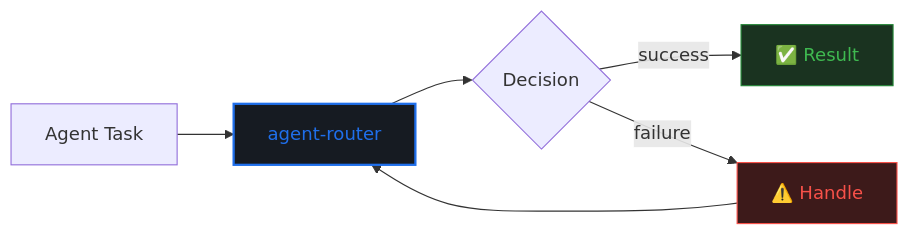
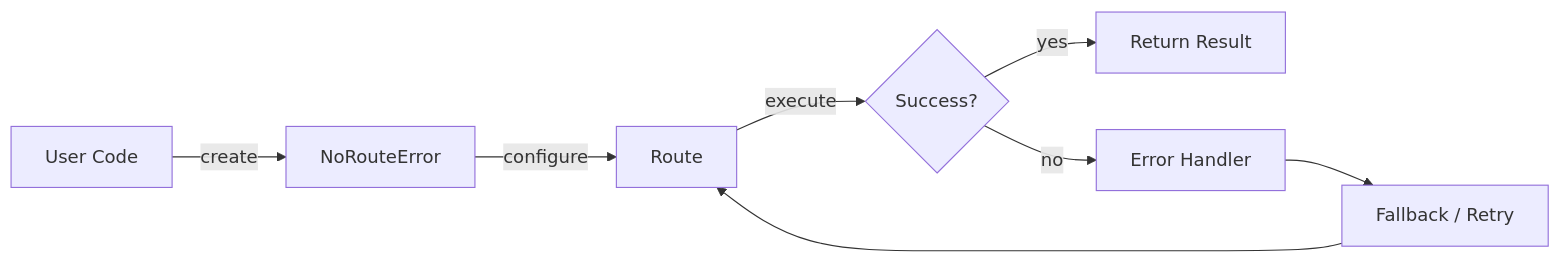
The first of 2 diagrams in README.md (darshjme/margadarshak), drawn with Mermaid before and after one commit. The commit also changed other lines of this file and 1 other file, not shown here.

````diff
--- a/README.md
+++ b/README.md
@@ -59,12 +81,10 @@
 ```mermaid
 flowchart LR
-    A[Agent Task] --> B[agent-router]
-    B --> C{Decision}
-    C -->|success| D[✅ Result]
-    C -->|failure| E[⚠️ Handle]
-    E --> B
-
-    style B fill:#161b22,stroke:#1f6feb,stroke-width:2,color:#1f6feb
-    style D fill:#1a3320,stroke:#238636,color:#3fb950
-    style E fill:#3d1a1a,stroke:#f85149,color:#f85149
+    A[User Code] -->|create| B[NoRouteError]
+    B -->|configure| C[Route]
+    C -->|execute| D{Success?}
+    D -->|yes| E[Return Result]
+    D -->|no| F[Error Handler]
+    F --> G[Fallback / Retry]
+    G --> C
 ```
````
